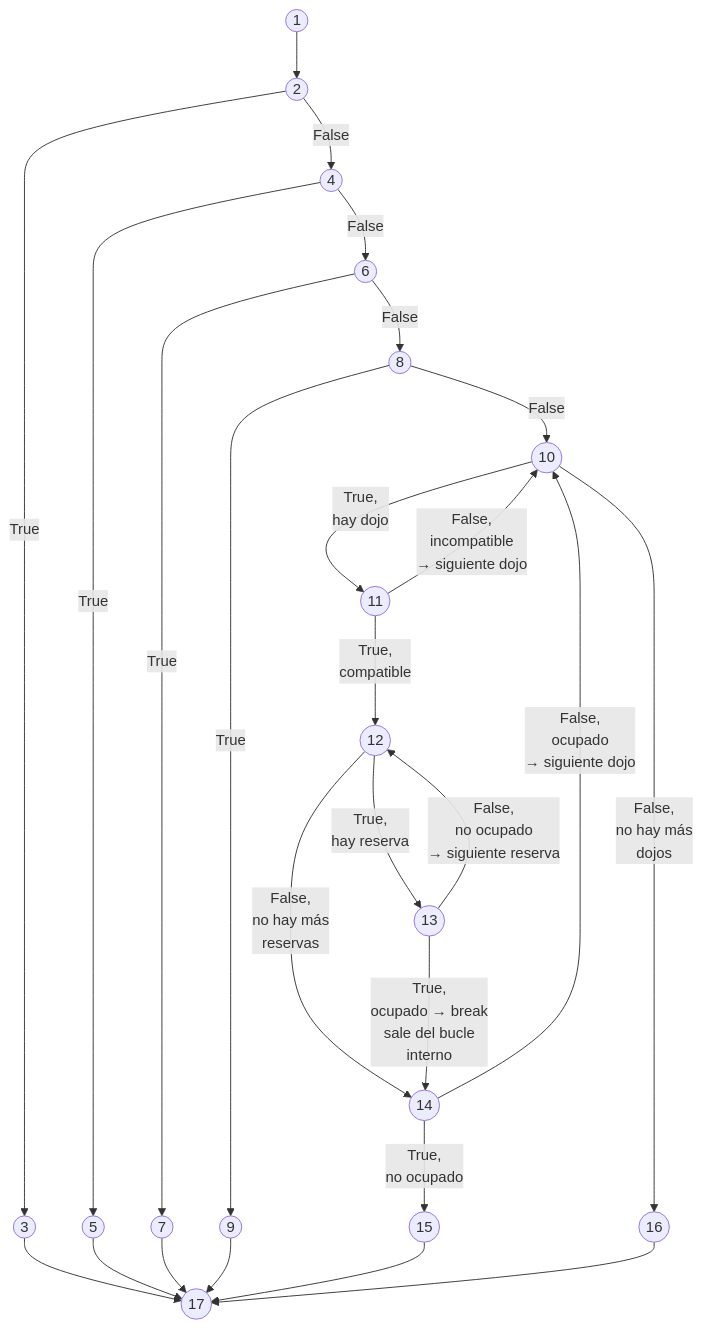
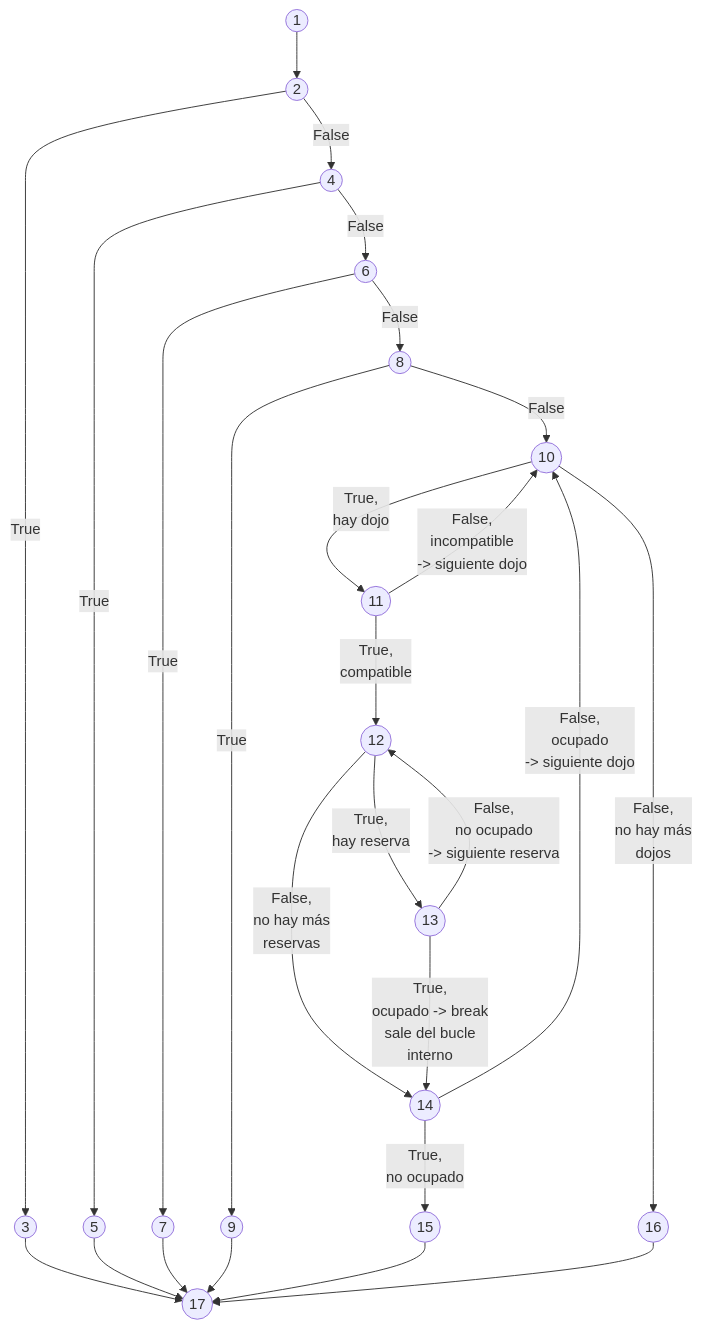
One commit to alvarolara2005-boop/PRACTICASCALSO changed the second of 4 diagrams in P3/README_P3.md. Above: the diagram before and after it, drawn with Mermaid. The commit also changed other lines of this file, not shown here.

````diff
--- a/P3/README_P3.md
+++ b/P3/README_P3.md
@@ -151,28 +151,28 @@
 ```mermaid
 flowchart TB;
     1(("1")) --> 2(("2"));
     2 -->|"True"| 3(("3"));
     2 -->|"False"| 4(("4"));
     3 --> 17(("17"));
     4 -->|"True"| 5(("5"));
     4 -->|"False"| 6(("6"));
     5 --> 17;
     6 -->|"True"| 7(("7"));
     6 -->|"False"| 8(("8"));
     7 --> 17;
     8 -->|"True"| 9(("9"));
     8 -->|"False"| 10(("10"));
     9 --> 17;
     10 -->|"True,<br>hay dojo"| 11(("11"));
     10 -->|"False,<br>no hay más<br>dojos"| 16(("16"));
     11 -->|"True,<br>compatible"| 12(("12"));
-    11 -->|"False,<br>incompatible<br>→ siguiente dojo"| 10;
+    11 -->|"False,<br>incompatible<br>-> siguiente dojo"| 10;
     12 -->|"True,<br>hay reserva"| 13(("13"));
     12 -->|"False,<br>no hay más<br>reservas"| 14(("14"));
-    13 -->|"True,<br>ocupado → break<br>sale del bucle<br>interno"| 14;
-    13 -->|"False,<br>no ocupado<br>→ siguiente reserva"| 12;
+    13 -->|"True,<br>ocupado -> break<br>sale del bucle<br>interno"| 14;
+    13 -->|"False,<br>no ocupado<br>-> siguiente reserva"| 12;
     14 -->|"True,<br>no ocupado"| 15(("15"));
-    14 -->|"False,<br>ocupado<br>→ siguiente dojo"| 10;
+    14 -->|"False,<br>ocupado<br>-> siguiente dojo"| 10;
     15 --> 17;
     16 --> 17;
 ```
````
